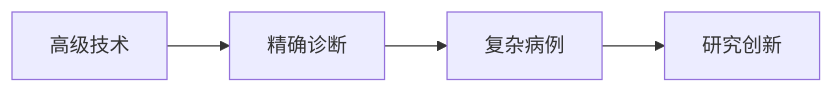
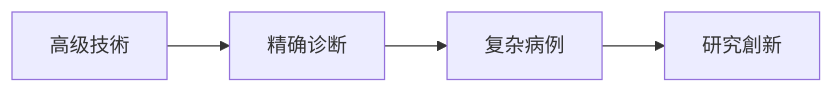
The sixth of 6 diagrams in 3 Resources/01-Tech/🏥 专业知识/耳穴知识库/📚 耳穴知识库索引.md (kmjade/knowledge-value), drawn with Mermaid before and after one commit. The commit also changed other lines of this file and 653 other files, not shown here.

````diff
--- a/3 Resources/01-Tech/🏥 专业知识/耳穴知识库/📚 耳穴知识库索引.md
+++ b/3 Resources/01-Tech/🏥 专业知识/耳穴知识库/📚 耳穴知识库索引.md
@@ -265,6 +265,6 @@
 ```mermaid
 flowchart LR
-    A[高级技术] --> B[精确诊断]
+    A[高级技術] --> B[精确诊断]
     B --> C[复杂病例]
-    C --> D[研究创新]
+    C --> D[研究創新]
 ```
````
